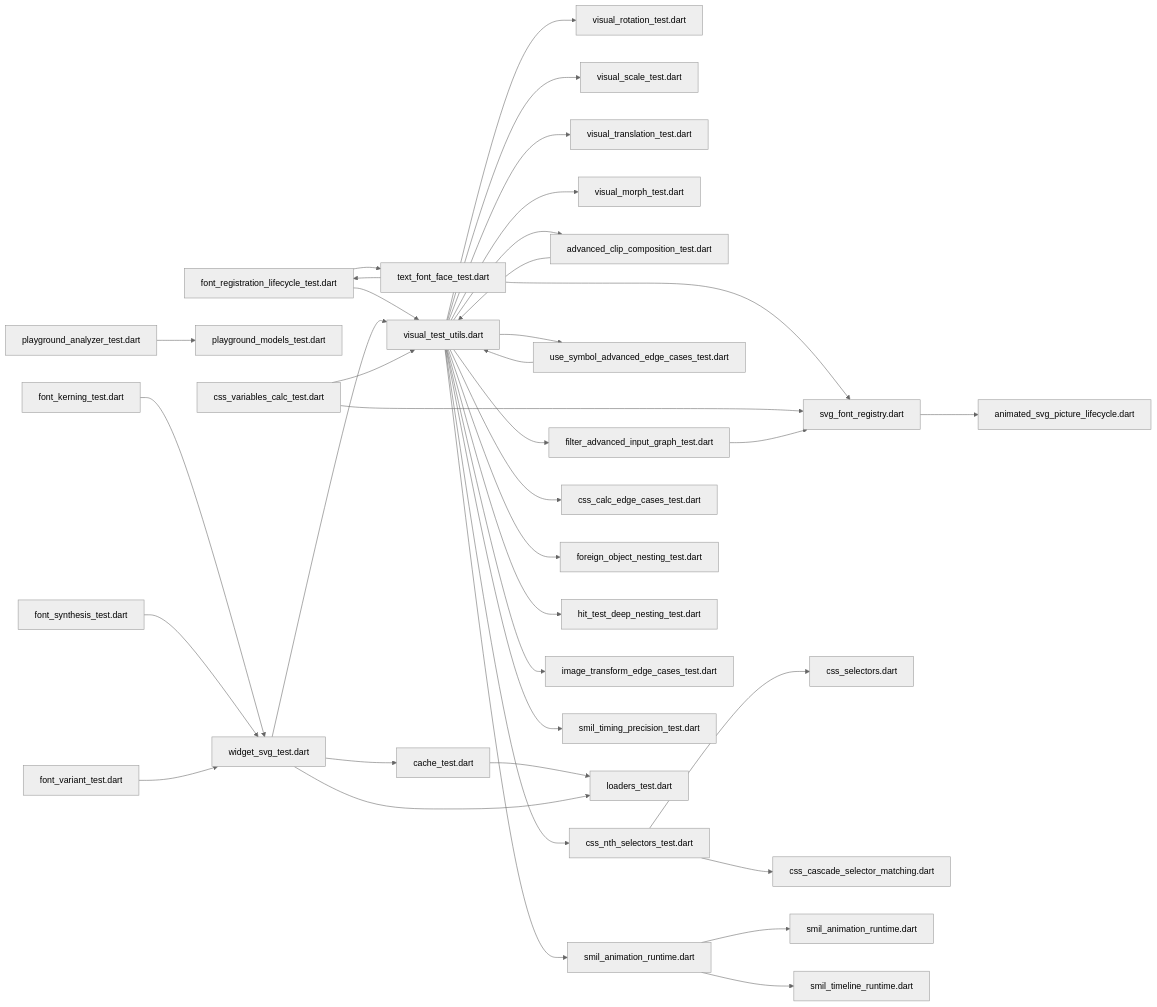
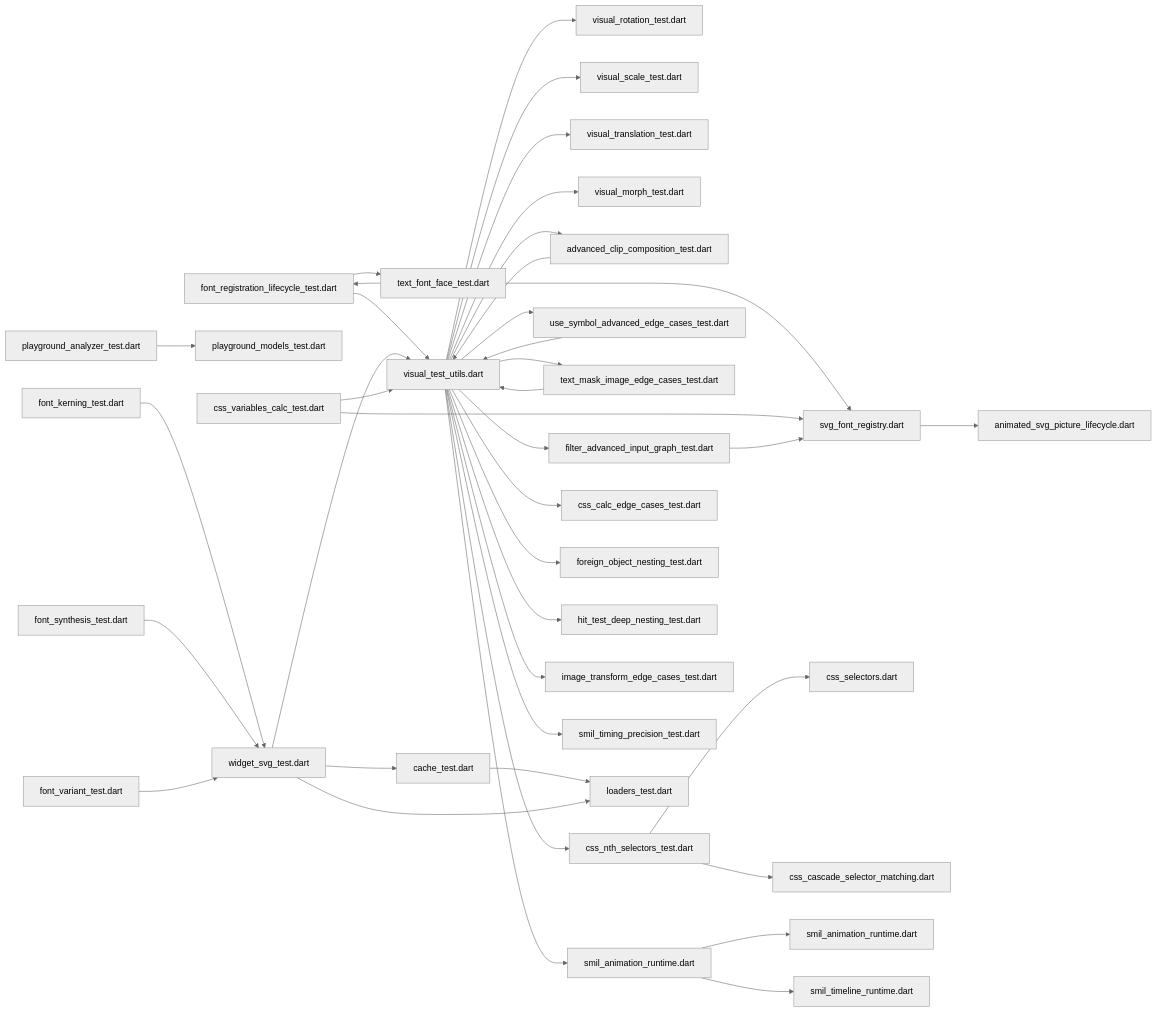
Before and after one commit to denisnadey/flutter_full_svg_support: diagram 22 of 22 in .qoder/repowiki/en/content/Testing Suite Updates.md, drawn with Mermaid (neutral theme). The commit also changed other lines of this file and 65 other files, not shown here.

````diff
--- a/.qoder/repowiki/en/content/Testing Suite Updates.md
+++ b/.qoder/repowiki/en/content/Testing Suite Updates.md
@@ -1429,39 +1550,41 @@
 ```mermaid
 graph LR
 VU["visual_test_utils.dart"] --> VR["visual_rotation_test.dart"]
 VU --> VS["visual_scale_test.dart"]
 VU --> VT["visual_translation_test.dart"]
 VU --> VM["visual_morph_test.dart"]
 VU --> ACC["advanced_clip_composition_test.dart"]
 VU --> FAG["filter_advanced_input_graph_test.dart"]
 VU --> USE["use_symbol_advanced_edge_cases_test.dart"]
+VU --> TMIE["text_mask_image_edge_cases_test.dart"]
 VU --> CNST["css_nth_selectors_test.dart"]
 VU --> SART["smil_animation_runtime.dart"]
 VU --> CCE["css_calc_edge_cases_test.dart"]
 VU --> FON["foreign_object_nesting_test.dart"]
 VU --> HTDN["hit_test_deep_nesting_test.dart"]
 VU --> ITE["image_transform_edge_cases_test.dart"]
 VU --> STP["smil_timing_precision_test.dart"]
 FRL["font_registration_lifecycle_test.dart"] --> TF["text_font_face_test.dart"]
 FRL --> VU
 TF --> FRL
 TF --> FR["svg_font_registry.dart"]
 FR --> AF["animated_svg_picture_lifecycle.dart"]
 CT["cache_test.dart"] --> LT["loaders_test.dart"]
 PA["playground_analyzer_test.dart"] --> PM["playground_models_test.dart"]
 WS["widget_svg_test.dart"] --> VU
 WS --> CT
 WS --> LT
 FK["font_kerning_test.dart"] --> WS
 FS["font_synthesis_test.dart"] --> WS
 FV["font_variant_test.dart"] --> WS
 CVC["css_variables_calc_test.dart"] --> VU
 CVC --> FR
 CNST --> CSSSEL["css_selectors.dart"]
 CNST --> CSSMATCH["css_cascade_selector_matching.dart"]
 SART --> SMILRUNTIME["smil_animation_runtime.dart"]
 SART --> SMILTIMELINE["smil_timeline_runtime.dart"]
 ACC --> VU
 FAG --> FR
 USE --> VU
+TMIE --> VU
 ```
````
